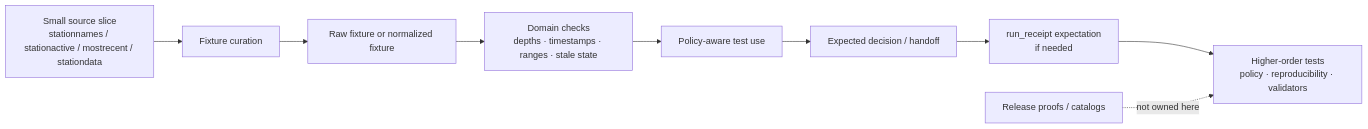
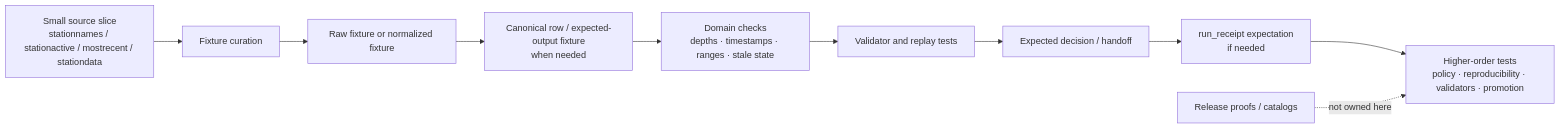
The diagram in tests/fixtures/soil_moisture/README.md (bartytime4life/Kansas-Frontier-Matrix), drawn with Mermaid before and after one commit. The commit also changed other lines of this file, not shown here.

````diff
--- a/tests/fixtures/soil_moisture/README.md
+++ b/tests/fixtures/soil_moisture/README.md
@@ -336,12 +380,13 @@
 ```mermaid
 flowchart LR
   A[Small source slice<br/>stationnames / stationactive / mostrecent / stationdata] --> B[Fixture curation]
   B --> C[Raw fixture or normalized fixture]
-  C --> D[Domain checks<br/>depths · timestamps · ranges · stale state]
-  D --> E[Policy-aware test use]
-  E --> F[Expected decision / handoff]
-  F --> G[run_receipt expectation<br/>if needed]
-  G --> H[Higher-order tests<br/>policy · reproducibility · validators]
+  C --> D[Canonical row / expected-output fixture<br/>when needed]
+  D --> E[Domain checks<br/>depths · timestamps · ranges · stale state]
+  E --> F[Validator and replay tests]
+  F --> G[Expected decision / handoff]
+  G --> H[run_receipt expectation<br/>if needed]
+  H --> I[Higher-order tests<br/>policy · reproducibility · validators · promotion]
 
-  I[Release proofs / catalogs] -. not owned here .-> H
+  J[Release proofs / catalogs] -. not owned here .-> I
 ```
````
